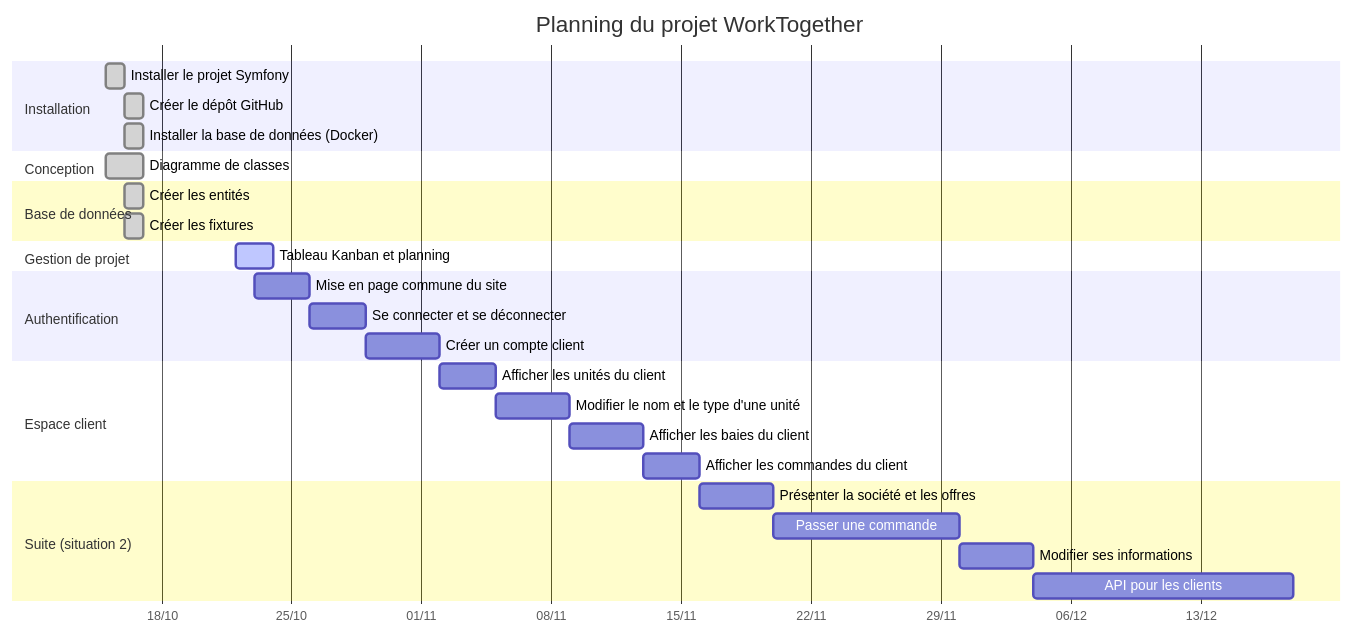
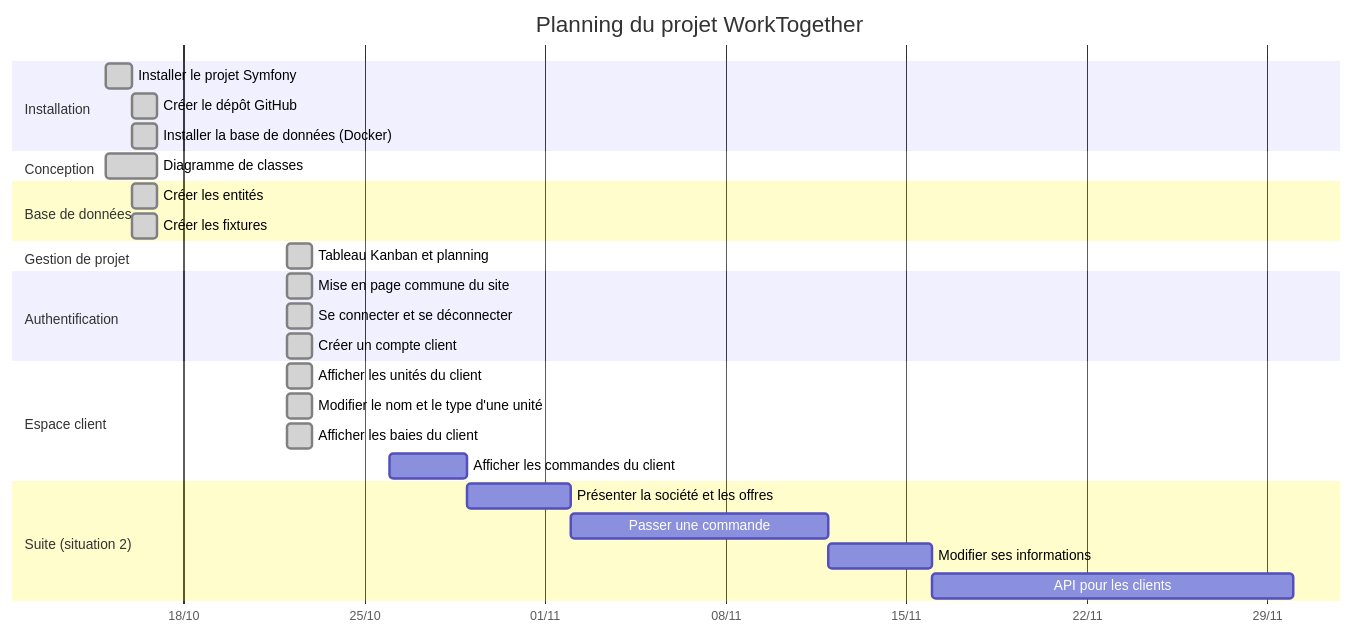
The diagram in docs/gestion-projet.md (LucasChaudet/Worktogether-leger), drawn with Mermaid before and after one commit. The commit also changed other lines of this file, not shown here.

Commit message:
Mise à jour du document de gestion de projet (tâches terminées, Kanban sans issues)

````diff
--- a/docs/gestion-projet.md
+++ b/docs/gestion-projet.md
@@ -67,38 +65,38 @@
 ```mermaid
 gantt
     title Planning du projet WorkTogether
     dateFormat YYYY-MM-DD
     axisFormat %d/%m
 
     section Installation
     Installer le projet Symfony            :done, t1, 2026-10-15, 1d
     Créer le dépôt GitHub                  :done, t2, 2026-10-16, 1d
     Installer la base de données (Docker)  :done, t4, 2026-10-16, 1d
 
     section Conception
     Diagramme de classes                   :done, t3, 2026-10-15, 2d
 
     section Base de données
     Créer les entités                      :done, t5, 2026-10-16, 1d
     Créer les fixtures                     :done, t6, 2026-10-16, 1d
 
     section Gestion de projet
-    Tableau Kanban et planning             :active, t7, 2026-10-22, 2d
+    Tableau Kanban et planning             :done, t7, 2026-10-22, 1d
 
     section Authentification
-    Mise en page commune du site           :t8, 2026-10-23, 2026-10-26
-    Se connecter et se déconnecter         :t9, 2026-10-26, 2026-10-29
-    Créer un compte client                 :t10, 2026-10-29, 2026-11-02
+    Mise en page commune du site           :done, t8, 2026-10-22, 1d
+    Se connecter et se déconnecter         :done, t9, 2026-10-22, 1d
+    Créer un compte client                 :done, t10, 2026-10-22, 1d
 
     section Espace client
-    Afficher les unités du client          :t11, 2026-11-02, 2026-11-05
-    Modifier le nom et le type d'une unité :t12, 2026-11-05, 2026-11-09
-    Afficher les baies du client           :t13, 2026-11-09, 2026-11-13
-    Afficher les commandes du client       :t14, 2026-11-13, 2026-11-16
+    Afficher les unités du client          :done, t11, 2026-10-22, 1d
+    Modifier le nom et le type d'une unité :done, t12, 2026-10-22, 1d
+    Afficher les baies du client           :done, t13, 2026-10-22, 1d
+    Afficher les commandes du client       :t14, 2026-10-26, 2026-10-29
 
     section Suite (situation 2)
-    Présenter la société et les offres     :t15, 2026-11-16, 2026-11-20
-    Passer une commande                    :t16, 2026-11-20, 2026-11-30
-    Modifier ses informations              :t17, 2026-11-30, 2026-12-04
-    API pour les clients                   :t18, 2026-12-04, 2026-12-18
+    Présenter la société et les offres     :t15, 2026-10-29, 2026-11-02
+    Passer une commande                    :t16, 2026-11-02, 2026-11-12
+    Modifier ses informations              :t17, 2026-11-12, 2026-11-16
+    API pour les clients                   :t18, 2026-11-16, 2026-11-30
 ```
````
